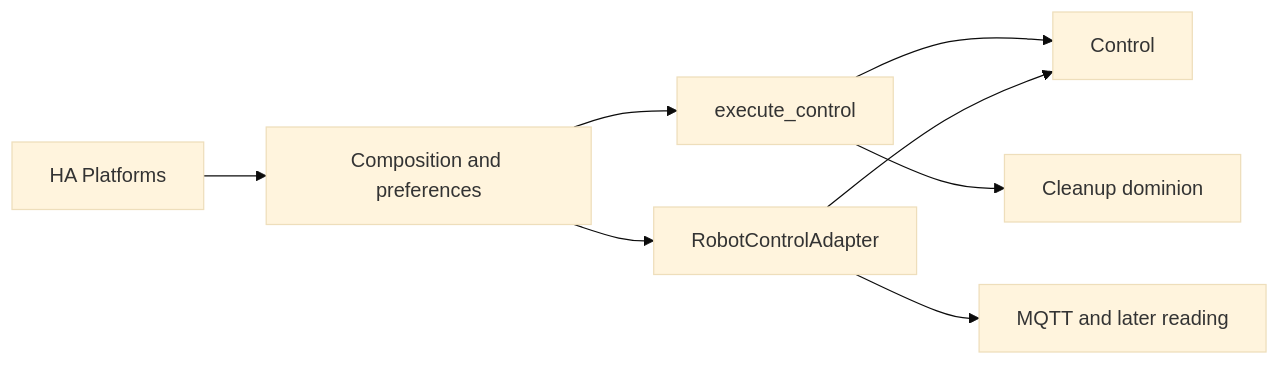
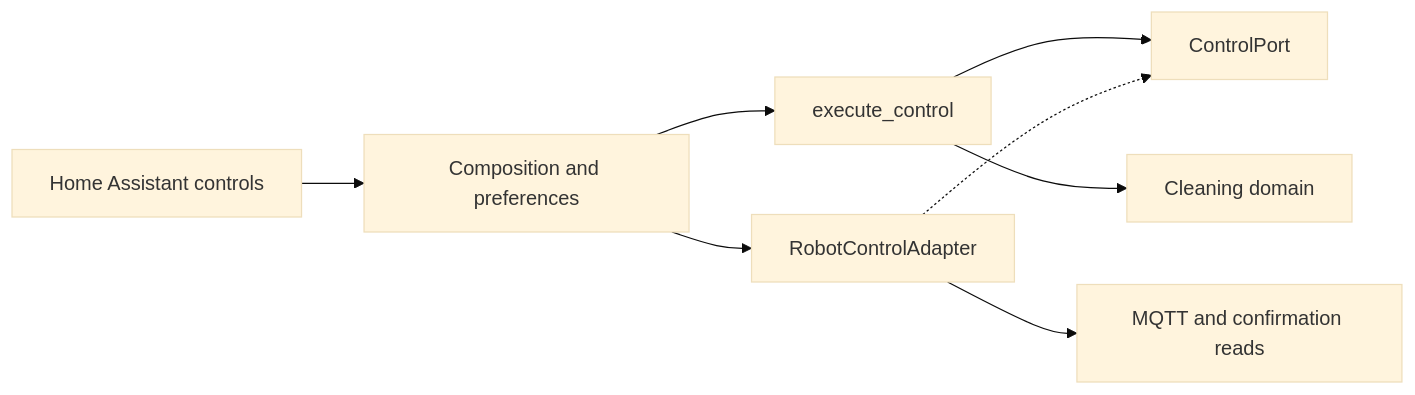
The second of 2 diagrams in docs/architecture.md (efraespada/ha-roomba-home), drawn with Mermaid (base theme) before and after one commit. The commit also changed other lines of this file and 13 other files, not shown here.

First line of the commit message:
Update the integration specifications and architecture (#183)

````diff
--- a/docs/architecture.md
+++ b/docs/architecture.md
@@ -109,10 +92,10 @@
 ```mermaid
 flowchart LR
-    UI[HA Platforms] --> C[Composition and preferences]
+    UI[Home Assistant controls] --> C[Composition and preferences]
     C --> U[execute_control]
-    U --> P[Control]
-    U --> D[Cleanup dominion]
-    A[RobotControlAdapter] --> P
+    U --> P[ControlPort]
+    U --> D[Cleaning domain]
+    A[RobotControlAdapter] -.-> P
     C --> A
-    A --> MQ[MQTT and later reading]
+    A --> MQ[MQTT and confirmation reads]
 ```
````
